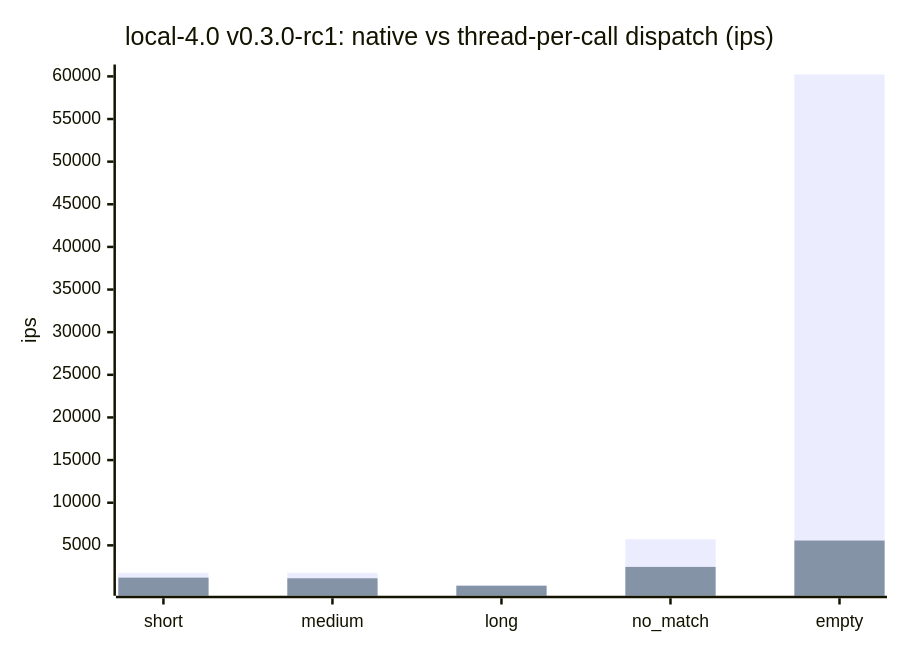
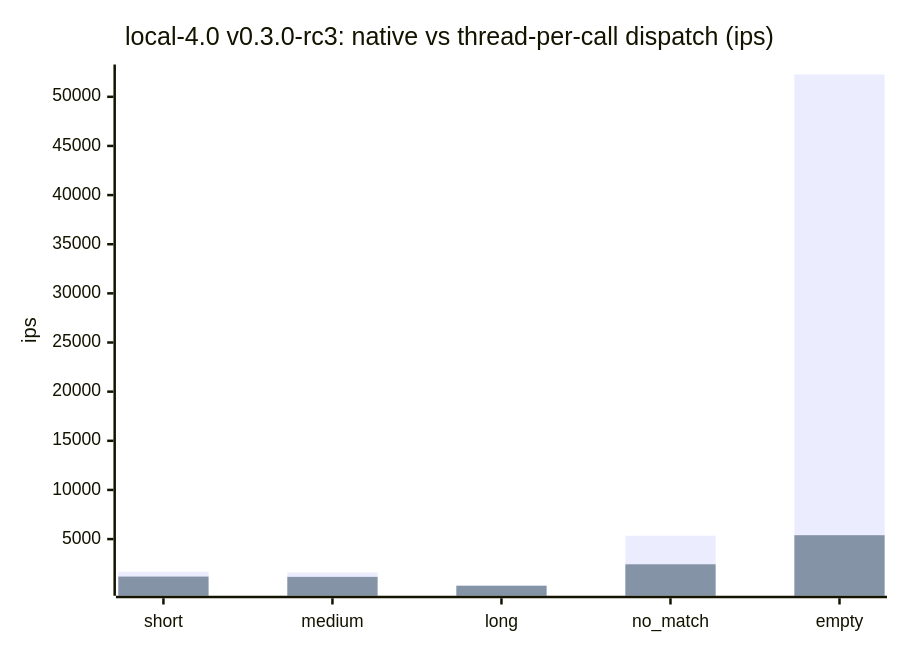
One commit to cpb/duckling changed the fifth of 7 diagrams in docs/benchmarks/README.md. Above: the diagram before and after it, drawn with Mermaid. The commit also changed other lines of this file and 20 other files, not shown here.

````diff
--- a/docs/benchmarks/README.md
+++ b/docs/benchmarks/README.md
@@ -202,8 +202,8 @@
 ```mermaid
 xychart-beta
-    title "local-4.0 v0.3.0-rc1: native vs thread-per-call dispatch (ips)"
+    title "local-4.0 v0.3.0-rc3: native vs thread-per-call dispatch (ips)"
     x-axis [short, medium, long, no_match, empty]
     y-axis "ips"
-    bar "native" [1778.2, 1780.1, 331.1, 5710.4, 60220.8]
-    bar "thread-per-call" [1211.9, 1136.8, 261.7, 2470.9, 5564.1]
+    bar "native" [1676.1, 1606.2, 284.6, 5343.9, 52268.5]
+    bar "thread-per-call" [1187.1, 1156.8, 252.0, 2435.1, 5395.4]
 ```
````
